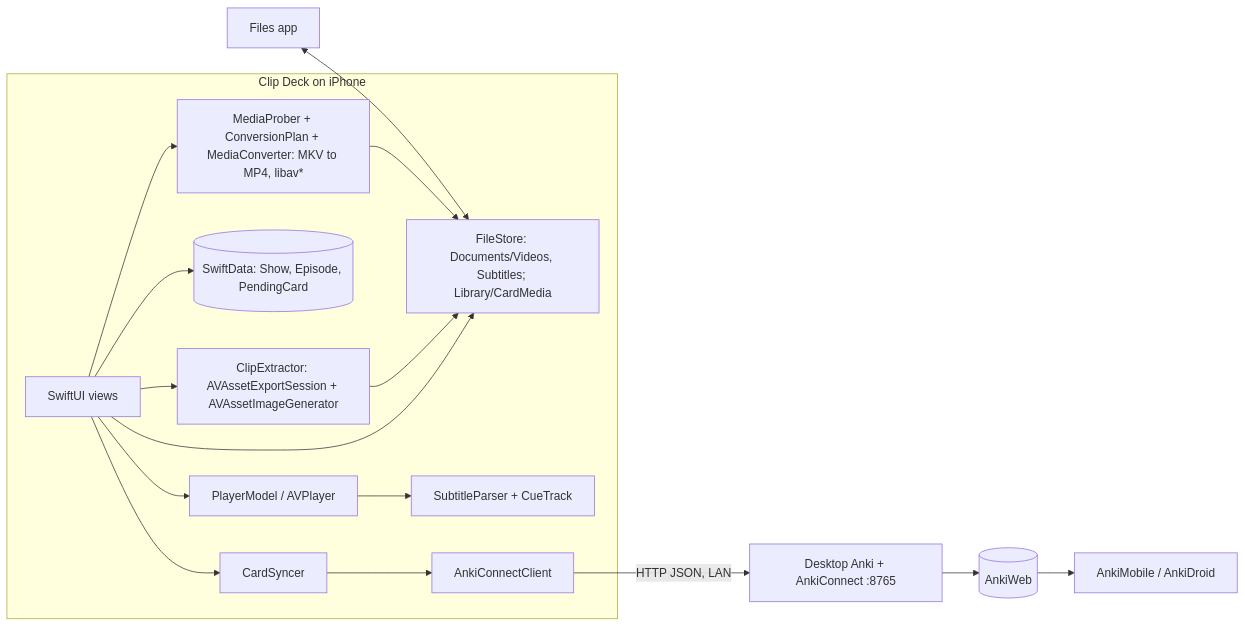
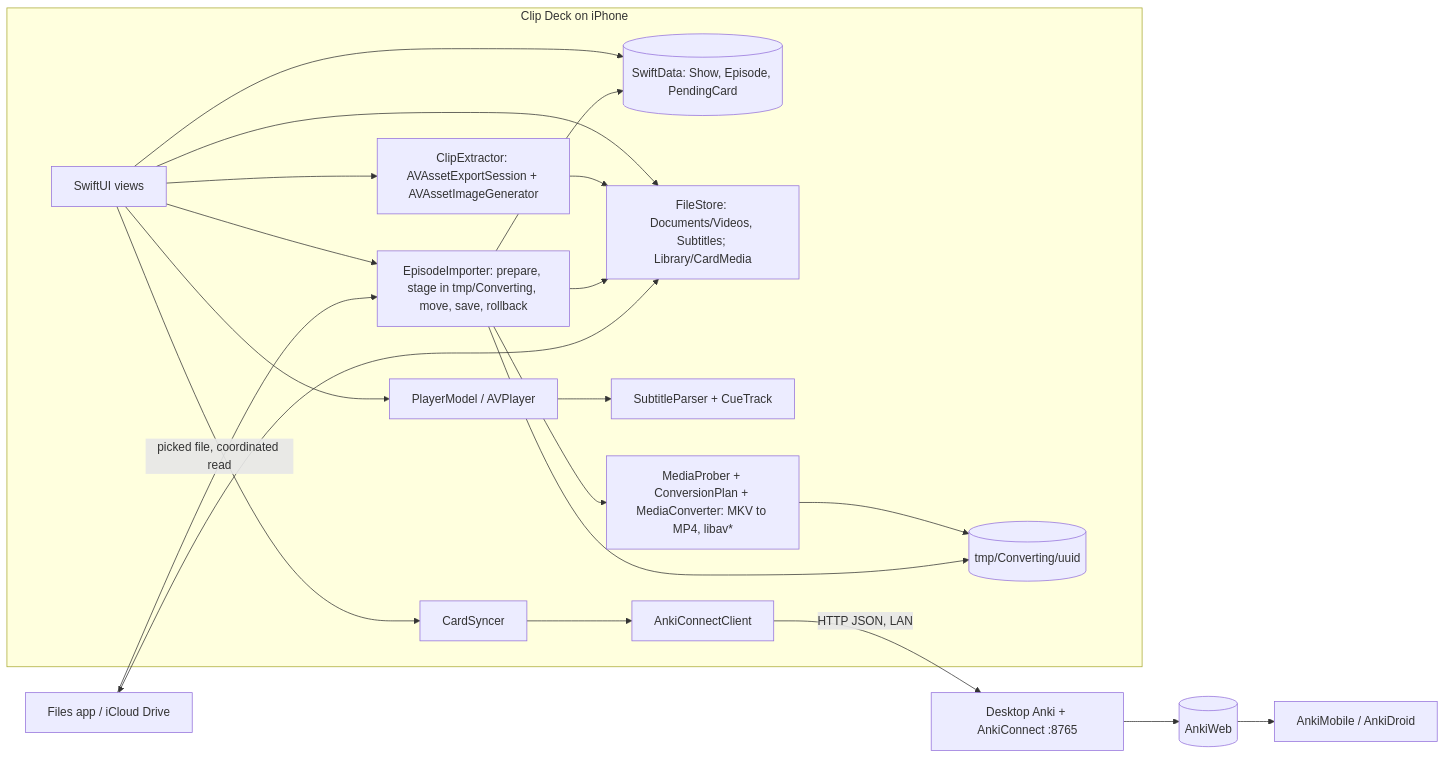
Before and after one commit to bman7222/clip-deck: the diagram in docs/ARCHITECTURE.md, drawn with Mermaid. The commit also changed other lines of this file and 19 other files, not shown here.

First line of the commit message:
feat(library): add an MKV episode from the upload sheet

````diff
--- a/docs/ARCHITECTURE.md
+++ b/docs/ARCHITECTURE.md
@@ -9,18 +9,23 @@
 ```mermaid
 flowchart LR
   subgraph iPhone[Clip Deck on iPhone]
     UI[SwiftUI views] --> PM[PlayerModel / AVPlayer]
     UI --> SD[(SwiftData: Show, Episode, PendingCard)]
     UI --> FS[FileStore: Documents/Videos, Subtitles; Library/CardMedia]
     PM --> SP[SubtitleParser + CueTrack]
     UI --> CE[ClipExtractor: AVAssetExportSession + AVAssetImageGenerator]
     CE --> FS
-    UI --> MC[MediaProber + ConversionPlan + MediaConverter: MKV to MP4, libav*]
-    MC --> FS
+    UI --> EI[EpisodeImporter: prepare, stage in tmp/Converting, move, save, rollback]
+    EI --> MC[MediaProber + ConversionPlan + MediaConverter: MKV to MP4, libav*]
+    MC --> TMP[(tmp/Converting/uuid)]
+    EI --> TMP
+    EI --> FS
+    EI --> SD
     UI --> CS[CardSyncer]
     CS --> AC[AnkiConnectClient]
   end
-  Files[Files app] <--> FS
+  Files[Files app / iCloud Drive] <--> FS
+  Files -- picked file, coordinated read --> EI
   AC -- HTTP JSON, LAN --> Anki[Desktop Anki + AnkiConnect :8765]
   Anki --> AnkiWeb[(AnkiWeb)] --> AnkiMobile[AnkiMobile / AnkiDroid]
 ```
````
